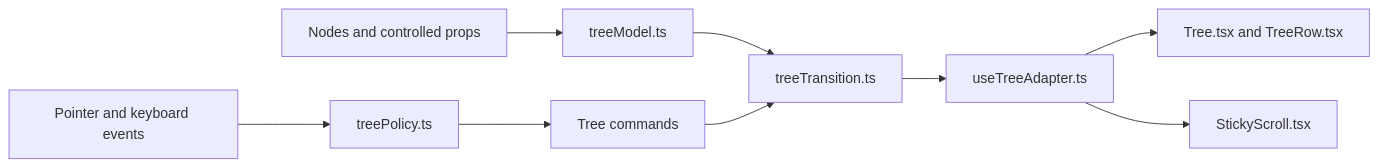
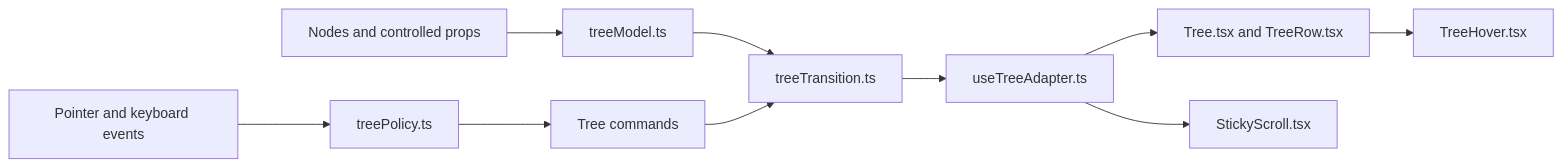
Before and after one commit to coder/vscode-coder: the diagram in packages/ui/README.md, drawn with Mermaid. The commit also changed other lines of this file and 18 other files, not shown here.

````diff
--- a/packages/ui/README.md
+++ b/packages/ui/README.md
@@ -130,14 +130,15 @@
 ```mermaid
 flowchart LR
   accTitle: Tree architecture
   accDescr: Data and input flow through the pure Tree modules into the React and DOM adapter.
 
   Props[Nodes and controlled props] --> Model[treeModel.ts]
   Events[Pointer and keyboard events] --> Policy[treePolicy.ts]
   Policy --> Commands[Tree commands]
   Model --> Transition[treeTransition.ts]
   Commands --> Transition
   Transition --> Adapter[useTreeAdapter.ts]
   Adapter --> Rows[Tree.tsx and TreeRow.tsx]
   Adapter --> Sticky[StickyScroll.tsx]
+  Rows --> Hover[TreeHover.tsx]
 ```
````
